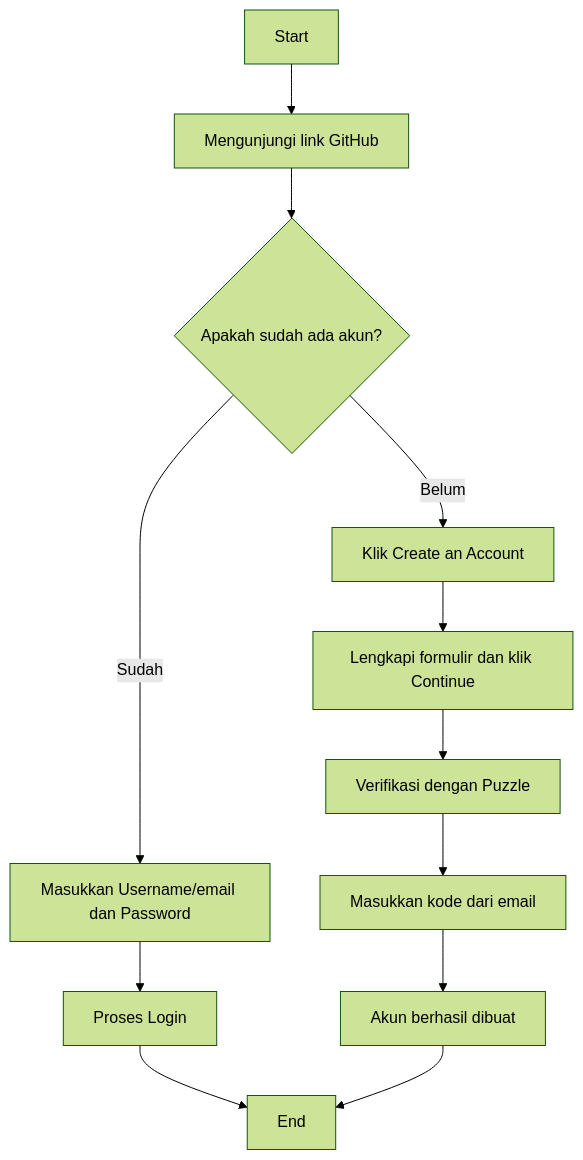
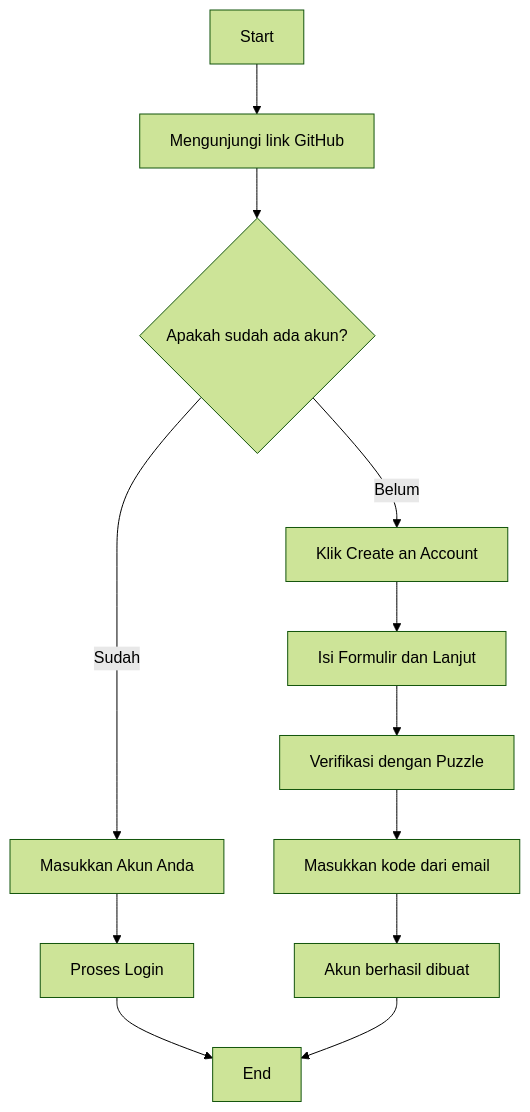
Before and after one commit to Nicolarieska/NicolaArieskaFonda-Batch7: the diagram in Week-1/README.md, drawn with Mermaid (forest theme).

````diff
--- a/Week-1/README.md
+++ b/Week-1/README.md
@@ -11,14 +11,14 @@
 ```mermaid
 flowchart 
     A[Start] --> B[Mengunjungi link GitHub]
     B --> C{Apakah sudah ada akun?}
-    C -- Sudah --> D[Masukkan Username/email dan Password]
+    C -- Sudah --> D[Masukkan Akun Anda]
     D --> E[Proses Login]
     C -- Belum --> F[Klik Create an Account]
-    F --> G[Lengkapi formulir dan klik Continue]
+    F --> G[Isi Formulir dan Lanjut]
     G --> H[Verifikasi dengan Puzzle]
     H --> I[Masukkan kode dari email]
     I --> J[Akun berhasil dibuat]
     E --> K[End]
     J --> K
 ```
````
